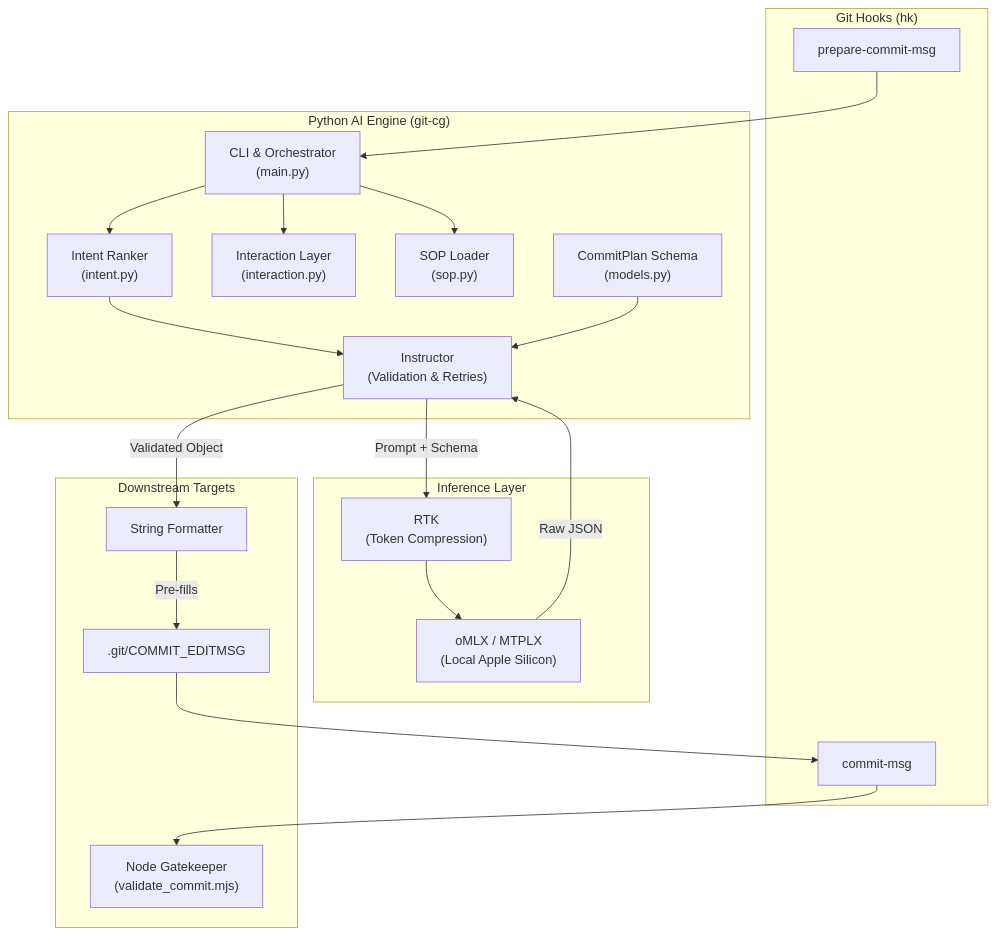
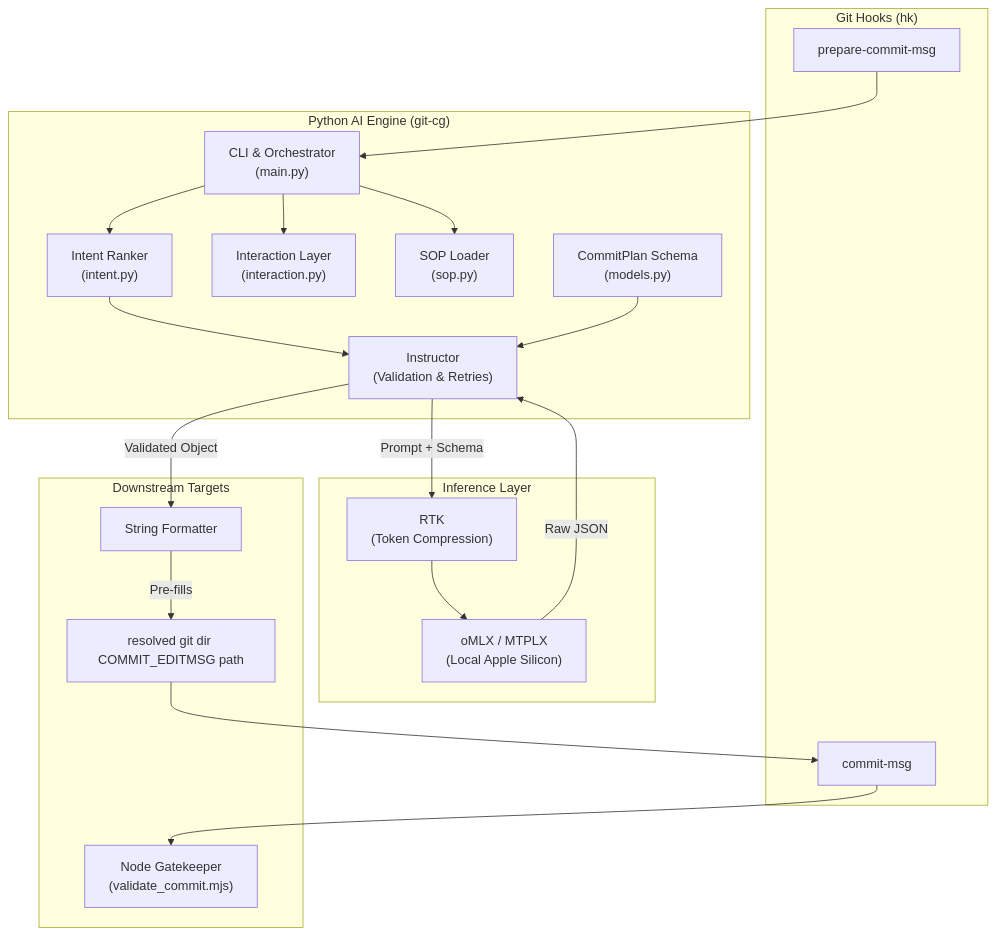
Before and after one commit to Thomo1318/gitCommitGenerator: the diagram in README.md, drawn with Mermaid. The commit also changed other lines of this file and 8 other files, not shown here.

````diff
--- a/README.md
+++ b/README.md
@@ -55,39 +55,39 @@
 ```mermaid
 flowchart TD
     subgraph Git ["Git Hooks (hk)"]
         PrepareHook["prepare-commit-msg"]
         CommitMsgHook["commit-msg"]
     end
 
     subgraph Intelligence ["Python AI Engine (git-cg)"]
         Main["CLI & Orchestrator<br/>(main.py)"]
         Ranker["Intent Ranker<br/>(intent.py)"]
         Interaction["Interaction Layer<br/>(interaction.py)"]
         SOPLoader["SOP Loader<br/>(sop.py)"]
         Pydantic["CommitPlan Schema<br/>(models.py)"]
         Instructor["Instructor<br/>(Validation & Retries)"]
 
         PrepareHook --> Main
         Main --> SOPLoader
         Main --> Ranker
         Main --> Interaction
         Ranker --> Instructor
         Pydantic --> Instructor
     end
 
     subgraph Execution ["Inference Layer"]
         RTK["RTK<br/>(Token Compression)"]
         LLM["oMLX / MTPLX<br/>(Local Apple Silicon)"]
 
         Instructor -- "Prompt + Schema" --> RTK
         RTK --> LLM
         LLM -- "Raw JSON" --> Instructor
     end
 
     subgraph Outputs ["Downstream Targets"]
         Instructor -->|Validated Object| Formatter["String Formatter"]
-        Formatter -->|Pre-fills| Target[".git/COMMIT_EDITMSG"]
+        Formatter -->|Pre-fills| Target["resolved git dir COMMIT_EDITMSG path"]
         Target --> CommitMsgHook
         CommitMsgHook --> Gatekeeper["Node Gatekeeper<br/>(validate_commit.mjs)"]
     end
 ```
````
